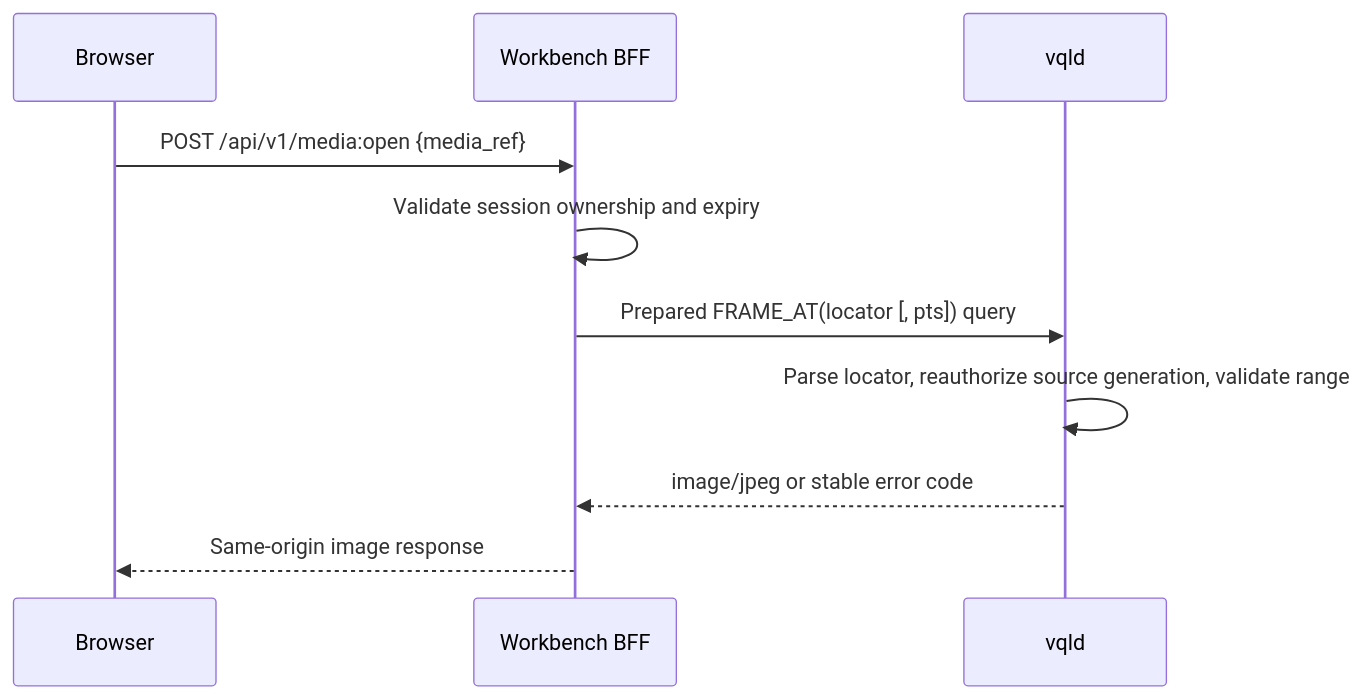
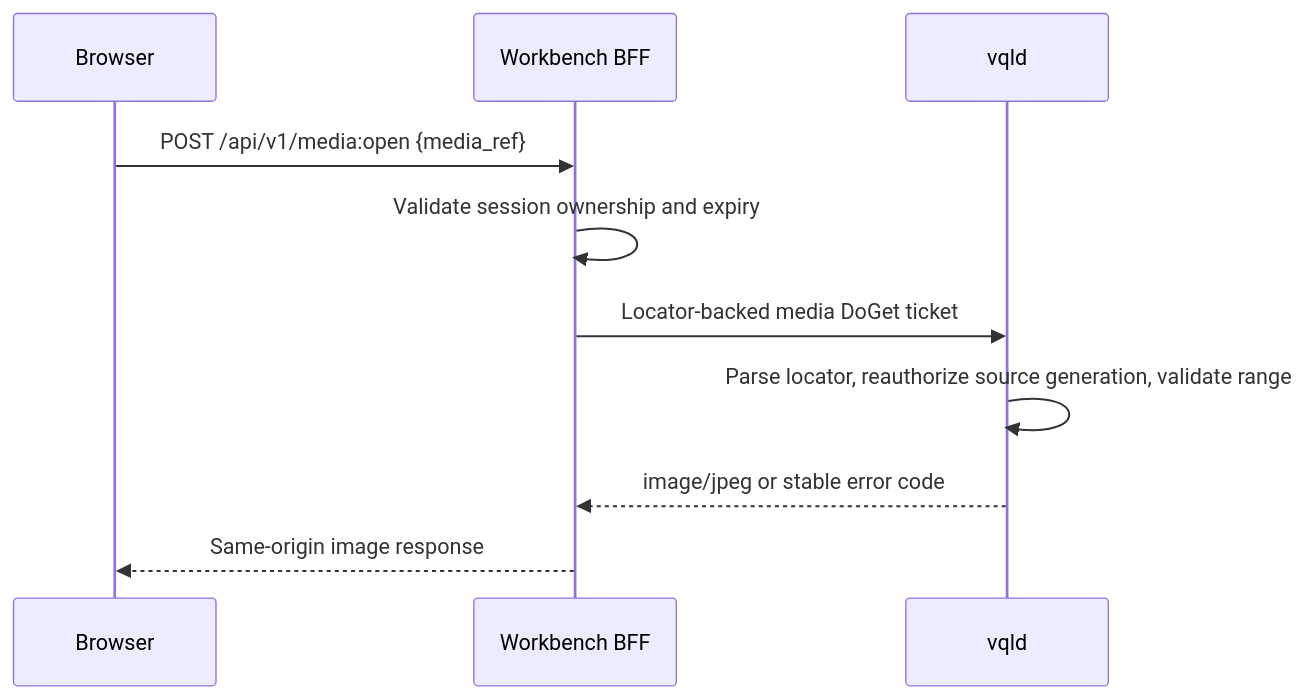
The second of 2 diagrams in docs/proposals/2026-08-05-workbench.md (zhenlohuang/visionql), drawn with Mermaid before and after one commit. The commit also changed other lines of this file and 26 other files, not shown here.

````diff
--- a/docs/proposals/2026-08-05-workbench.md
+++ b/docs/proposals/2026-08-05-workbench.md
@@ -241,13 +242,13 @@
 ```mermaid
 sequenceDiagram
     participant U as Browser
     participant W as Workbench BFF
     participant V as vqld
 
     U->>W: POST /api/v1/media:open {media_ref}
     W->>W: Validate session ownership and expiry
-    W->>V: Prepared FRAME_AT(locator [, pts]) query
+    W->>V: Locator-backed media DoGet ticket
     V->>V: Parse locator, reauthorize source generation, validate range
     V-->>W: image/jpeg or stable error code
     W-->>U: Same-origin image response
 ```
````
